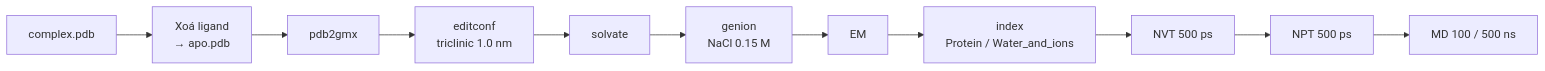
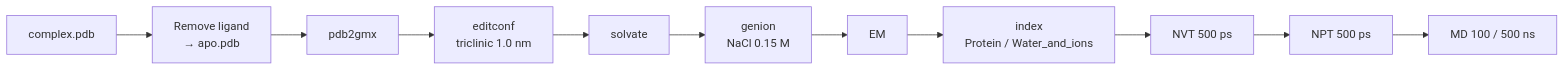
The diagram in protein-ligand/apo/README.md (129namworkkk/gromacs-md-protocols), drawn with Mermaid before and after one commit. The commit also changed other lines of this file and 12 other files, not shown here.

````diff
--- a/protein-ligand/apo/README.md
+++ b/protein-ligand/apo/README.md
@@ -5,13 +5,13 @@
 ```mermaid
 flowchart LR
-    A[complex.pdb] --> B[Xoá ligand<br/>→ apo.pdb]
+    A[complex.pdb] --> B[Remove ligand<br/>→ apo.pdb]
     B --> C[pdb2gmx]
     C --> D[editconf<br/>triclinic 1.0 nm]
     D --> E[solvate]
     E --> F[genion<br/>NaCl 0.15 M]
     F --> G[EM]
     G --> H[index<br/>Protein / Water_and_ions]
     H --> I[NVT 500 ps]
     I --> J[NPT 500 ps]
     J --> K[MD 100 / 500 ns]
 ```
````
